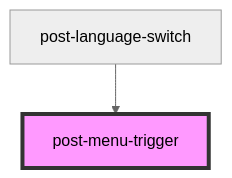
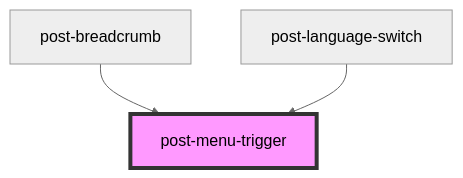
The diagram in packages/components/src/components/post-menu-trigger/readme.md (swisspost/design-system), drawn with Mermaid (neutral theme) before and after one commit. The commit also changed other lines of this file and 17 other files, not shown here.

````diff
--- a/packages/components/src/components/post-menu-trigger/readme.md
+++ b/packages/components/src/components/post-menu-trigger/readme.md
@@ -22,5 +23,6 @@
 ```mermaid
 graph TD;
+  post-breadcrumb --> post-menu-trigger
   post-language-switch --> post-menu-trigger
   style post-menu-trigger fill:#f9f,stroke:#333,stroke-width:4px
 ```
````
